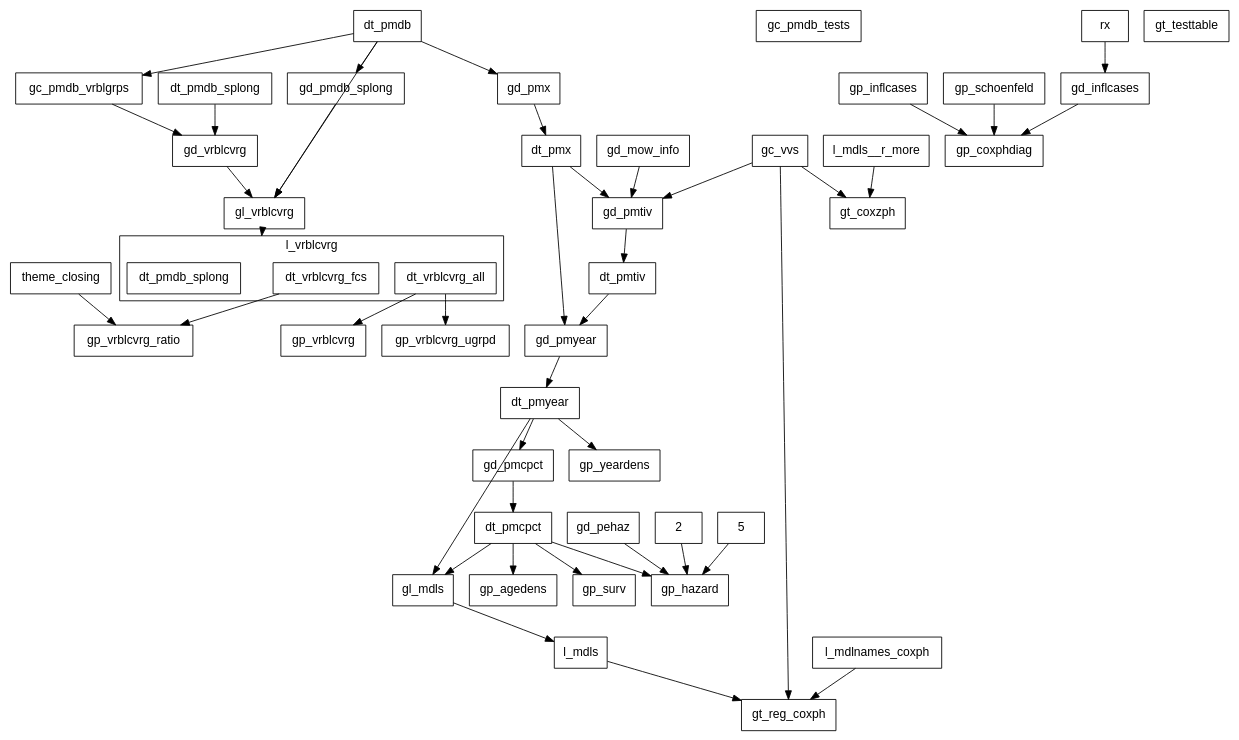
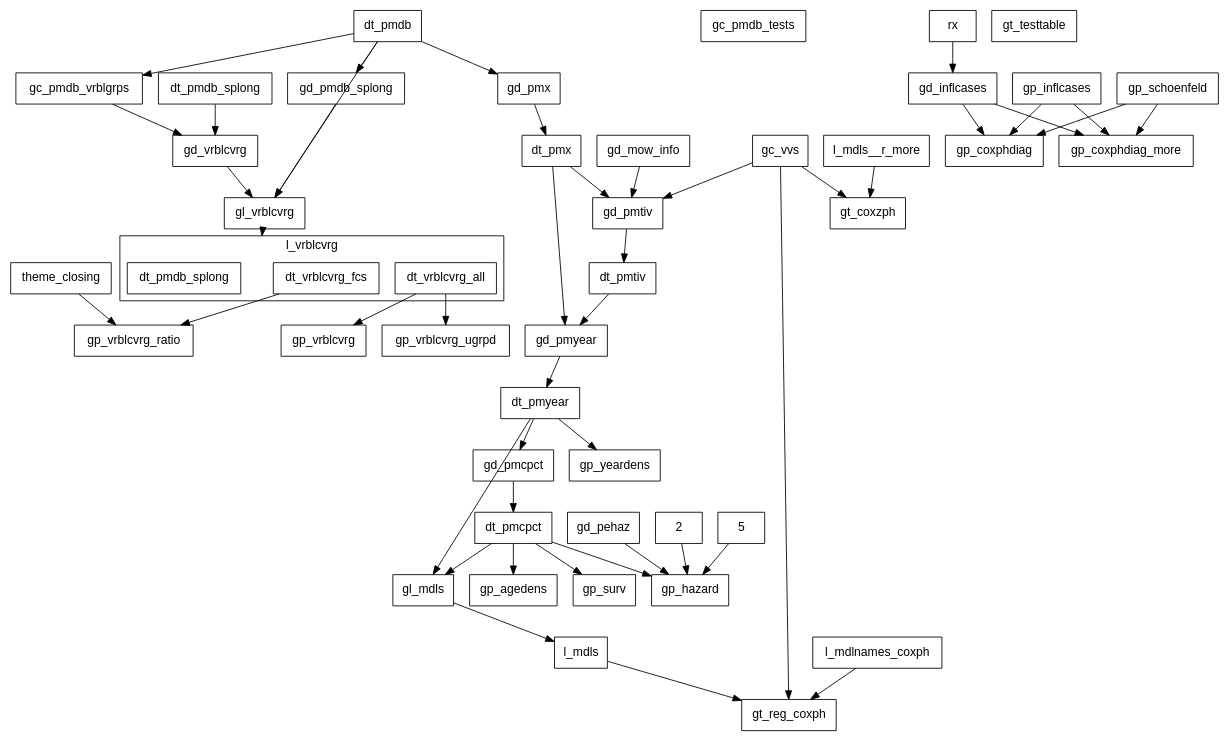
Before and after one commit to swhalemwo/pm_closing: the diagram in misc/callgraph2.dot, drawn with Graphviz. The commit also changed 1 other file, not shown here.

Commit message:
udpate tasks, add gp_coxphdiag_more to callgraph2.dot

```diff
--- a/misc/callgraph2.dot
+++ b/misc/callgraph2.dot
@@ -1,95 +1,99 @@
 digraph D {
  compound = true;
  splines = false; fontname=helvetica;
  node [shape=box, fontsize = 14, fontname=helvetica];
  edge [style = solid];
  
  subgraph cluster_l_vrblcvrg {
  label = "l_vrblcvrg";
  l_vrblcvrg__dt_vrblcvrg_all [label=dt_vrblcvrg_all]; 
 l_vrblcvrg__dt_vrblcvrg_fcs [label=dt_vrblcvrg_fcs]; 
 l_vrblcvrg [label = "", color=transparent, width=0, height=0]; 
 l_vrblcvrg__dt_pmdb_splong [label=dt_pmdb_splong] 
 } 
  gc_pmdb_tests; 
 gc_pmdb_vrblgrps; 
 gc_vvs; 
 gd_inflcases; 
 gd_mow_info; 
 gd_pehaz; 
 gd_pmcpct; 
 gd_pmdb_splong; 
 gd_pmtiv; 
 gd_pmx; 
 gd_pmyear; 
 gd_vrblcvrg; 
 gl_mdls; 
 gl_vrblcvrg; 
 gp_agedens; 
 gp_coxphdiag; 
+gp_coxphdiag_more; 
 gp_hazard; 
 gp_inflcases; 
 gp_schoenfeld; 
 gp_surv; 
 gp_vrblcvrg; 
 gp_vrblcvrg_ratio; 
 gp_vrblcvrg_ugrpd; 
 gp_yeardens; 
 gt_coxzph; 
 gt_reg_coxph; 
 gt_testtable; 
 theme_closing; 
 dt_pmdb; 
 dt_pmdb_splong; 
 dt_pmx; 
 dt_pmtiv; 
 dt_pmyear; 
 dt_pmcpct; 
 2; 
 5; 
+rx; 
 l_mdls__r_more; 
 l_mdls; 
-l_mdlnames_coxph; 
-rx 
+l_mdlnames_coxph 
  2 -> gp_hazard; 
 5 -> gp_hazard; 
 dt_pmcpct -> gl_mdls; 
 dt_pmcpct -> gp_agedens; 
 dt_pmcpct -> gp_hazard; 
 dt_pmcpct -> gp_surv; 
 dt_pmdb -> gc_pmdb_vrblgrps; 
 dt_pmdb -> gd_pmdb_splong; 
 dt_pmdb -> gd_pmx; 
 dt_pmdb -> gl_vrblcvrg; 
 dt_pmdb_splong -> gd_vrblcvrg; 
 dt_pmtiv -> gd_pmyear; 
 dt_pmx -> gd_pmtiv; 
 dt_pmx -> gd_pmyear; 
 dt_pmyear -> gd_pmcpct; 
 dt_pmyear -> gl_mdls; 
 dt_pmyear -> gp_yeardens; 
 gc_pmdb_vrblgrps -> gd_vrblcvrg; 
 gc_vvs -> gd_pmtiv; 
 gc_vvs -> gt_coxzph; 
 gc_vvs -> gt_reg_coxph; 
 gd_inflcases -> gp_coxphdiag; 
+gd_inflcases -> gp_coxphdiag_more; 
 gd_mow_info -> gd_pmtiv; 
 gd_pehaz -> gp_hazard; 
 gd_pmcpct -> dt_pmcpct; 
 gd_pmdb_splong -> gl_vrblcvrg; 
 gd_pmtiv -> dt_pmtiv; 
 gd_pmx -> dt_pmx; 
 gd_pmyear -> dt_pmyear; 
 gd_vrblcvrg -> gl_vrblcvrg; 
 gl_mdls -> l_mdls; 
 gl_vrblcvrg -> l_vrblcvrg[lhead=cluster_l_vrblcvrg,ltail=gl_vrblcvrg]; 
 gp_inflcases -> gp_coxphdiag; 
+gp_inflcases -> gp_coxphdiag_more; 
 gp_schoenfeld -> gp_coxphdiag; 
+gp_schoenfeld -> gp_coxphdiag_more; 
 l_mdlnames_coxph -> gt_reg_coxph; 
 l_mdls -> gt_reg_coxph; 
 l_mdls__r_more -> gt_coxzph; 
 l_vrblcvrg__dt_vrblcvrg_all -> gp_vrblcvrg; 
 l_vrblcvrg__dt_vrblcvrg_all -> gp_vrblcvrg_ugrpd; 
 l_vrblcvrg__dt_vrblcvrg_fcs -> gp_vrblcvrg_ratio; 
 rx -> gd_inflcases; 
 theme_closing -> gp_vrblcvrg_ratio }
```
